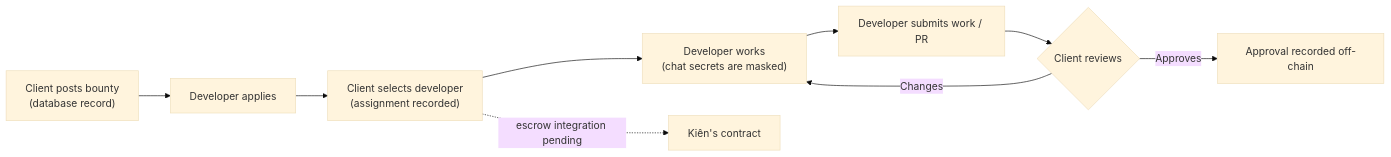
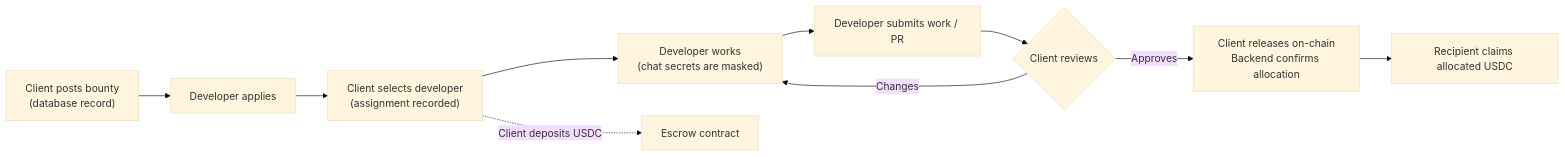
The first of 2 diagrams in README.md (trongkhoidev/capstone1-bloody-roar), drawn with Mermaid (base theme) before and after one commit. The commit also changed other lines of this file and 51 other files, not shown here.

First line of the commit message:
feat(escrow): align backend confirmations with contract lifecycle

````diff
--- a/README.md
+++ b/README.md
@@ -63,11 +63,12 @@
 ```mermaid
 flowchart LR
     A["Client posts bounty<br/>(database record)"] --> B["Developer applies"]
     B --> C["Client selects developer<br/>(assignment recorded)"]
     C --> D["Developer works<br/>(chat secrets are masked)"]
     D --> E["Developer submits work / PR"]
     E --> F{"Client reviews"}
     F -- Changes --> D
-    F -- Approves --> G["Approval recorded off-chain"]
-    C -. "escrow integration pending" .-> H["Kiên's contract"]
+    F -- Approves --> G["Client releases on-chain<br/>Backend confirms allocation"]
+    C -. "Client deposits USDC" .-> H["Escrow contract"]
+    G --> I["Recipient claims allocated USDC"]
 ```
````
